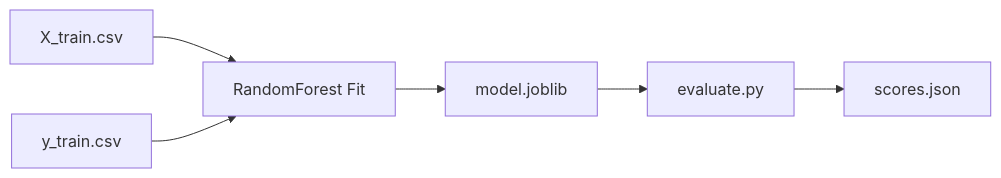
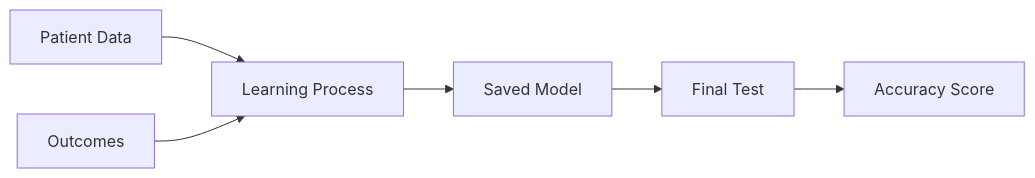
The diagram in training/README.md (iammohith/MLOps-System-for-Clinical-Treatment-Outcome-Prediction), drawn with Mermaid before and after one commit. The commit also changed other lines of this file and 9 other files, not shown here.

````diff
--- a/training/README.md
+++ b/training/README.md
@@ -26,8 +25,8 @@
 ```mermaid
 graph LR
-    X["X_train.csv"] --> FIT["RandomForest Fit"]
-    Y["y_train.csv"] --> FIT
-    FIT --> ART["model.joblib"]
-    ART --> EVAL["evaluate.py"]
-    EVAL --> METRICS["scores.json"]
+    X["Patient Data"] --> FIT["Learning Process"]
+    Y["Outcomes"] --> FIT
+    FIT --> ART["Saved Model"]
+    ART --> EVAL["Final Test"]
+    EVAL --> METRICS["Accuracy Score"]
 ```
````
